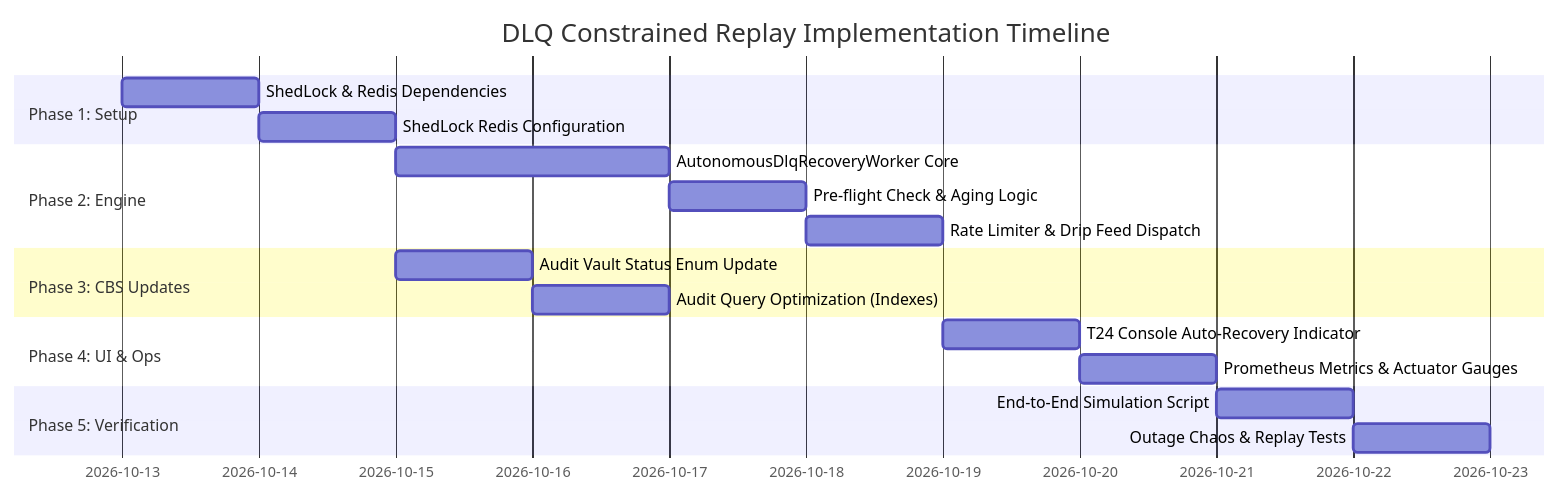
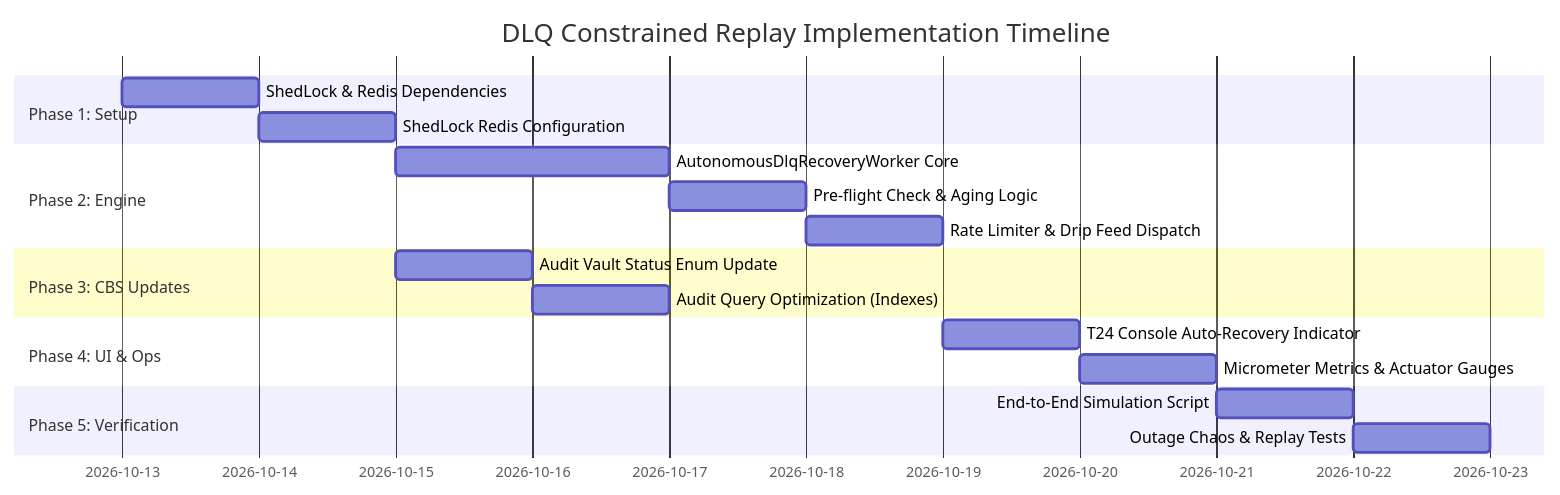
One commit to romzelmadidev/group3_fse_capstone changed the second of 3 diagrams in docs/architecture/CONSTRAINED_DLQ_REPLAY_IMPLEMENTATION_PLAN.md. Above: the diagram before and after it, drawn with Mermaid. The commit also changed 47 other files, not shown here.

````diff
--- a/docs/architecture/CONSTRAINED_DLQ_REPLAY_IMPLEMENTATION_PLAN.md
+++ b/docs/architecture/CONSTRAINED_DLQ_REPLAY_IMPLEMENTATION_PLAN.md
@@ -77,21 +77,21 @@
 ```mermaid
 gantt
     title DLQ Constrained Replay Implementation Timeline
     dateFormat  YYYY-MM-DD
     section Phase 1: Setup
     ShedLock & Redis Dependencies       :p1_1, 2026-10-13, 1d
     ShedLock Redis Configuration        :p1_2, after p1_1, 1d
     section Phase 2: Engine
     AutonomousDlqRecoveryWorker Core    :p2_1, after p1_2, 2d
     Pre-flight Check & Aging Logic      :p2_2, after p2_1, 1d
     Rate Limiter & Drip Feed Dispatch   :p2_3, after p2_2, 1d
     section Phase 3: CBS Updates
     Audit Vault Status Enum Update      :p3_1, after p1_2, 1d
     Audit Query Optimization (Indexes)  :p3_2, after p3_1, 1d
     section Phase 4: UI & Ops
     T24 Console Auto-Recovery Indicator :p4_1, after p2_3, 1d
-    Prometheus Metrics & Actuator Gauges:p4_2, after p4_1, 1d
+    Micrometer Metrics & Actuator Gauges:p4_2, after p4_1, 1d
     section Phase 5: Verification
     End-to-End Simulation Script        :p5_1, after p4_2, 1d
     Outage Chaos & Replay Tests         :p5_2, after p5_1, 1d
 ```
````
